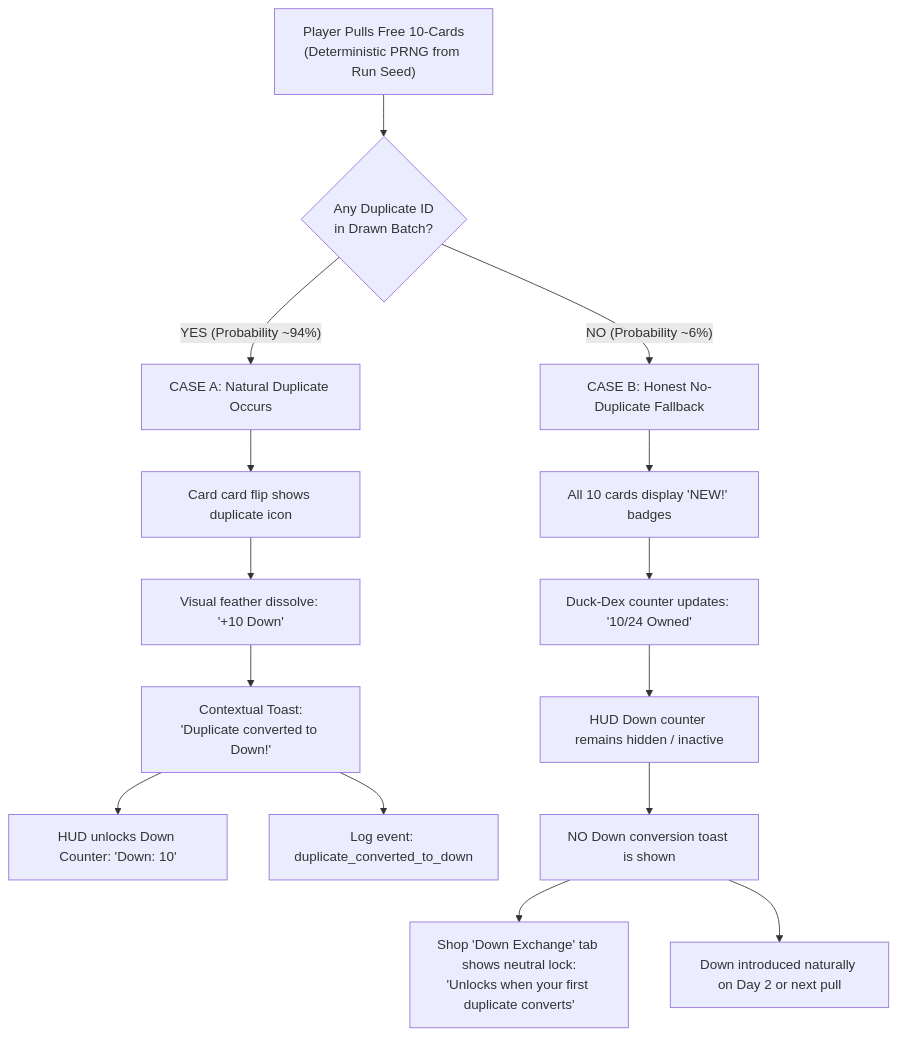
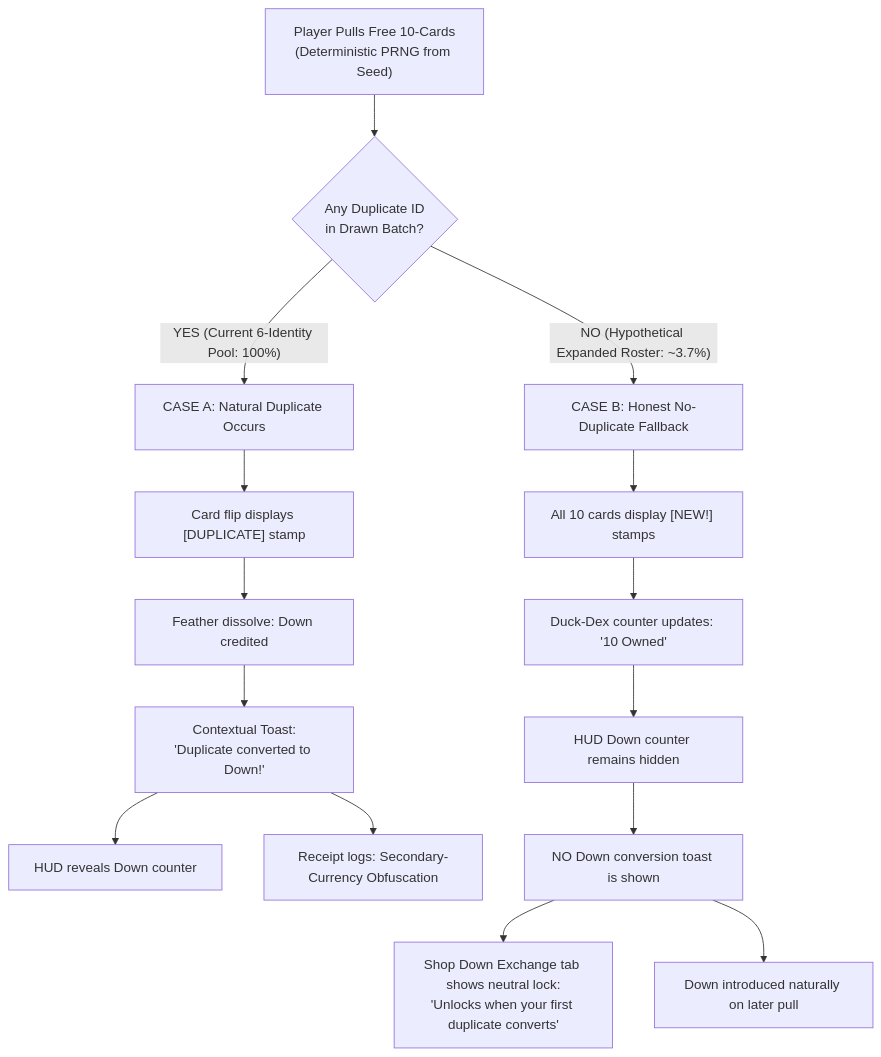
One commit to mrsmithelhs/Quackpot changed the second of 2 diagrams in reports/development/plan-12-guided-opening-and-shop-progression/proposal.md. Above: the diagram before and after it, drawn with Mermaid. The commit also changed other lines of this file and 1 other file, not shown here.

````diff
--- a/reports/development/plan-12-guided-opening-and-shop-progression/proposal.md
+++ b/reports/development/plan-12-guided-opening-and-shop-progression/proposal.md
@@ -132,19 +126,19 @@
 ```mermaid
 flowchart TD
-    Pull["Player Pulls Free 10-Cards<br/>(Deterministic PRNG from Run Seed)"] --> Check{"Any Duplicate ID<br/>in Drawn Batch?"}
+    Pull["Player Pulls Free 10-Cards<br/>(Deterministic PRNG from Seed)"] --> Check{"Any Duplicate ID<br/>in Drawn Batch?"}
     
-    Check -- "YES (Probability ~94%)" --> CaseA["CASE A: Natural Duplicate Occurs"]
-    CaseA --> A1["Card card flip shows duplicate icon"]
-    A1 --> A2["Visual feather dissolve: '+10 Down'"]
+    Check -- "YES (Current 6-Identity Pool: 100%)" --> CaseA["CASE A: Natural Duplicate Occurs"]
+    CaseA --> A1["Card flip displays [DUPLICATE] stamp"]
+    A1 --> A2["Feather dissolve: Down credited"]
     A2 --> A3["Contextual Toast:<br/>'Duplicate converted to Down!'"]
-    A3 --> A4["HUD unlocks Down Counter: 'Down: 10'"]
-    A3 --> A5["Log event: duplicate_converted_to_down"]
+    A3 --> A4["HUD reveals Down counter"]
+    A3 --> A5["Receipt logs: Secondary-Currency Obfuscation"]
     
-    Check -- "NO (Probability ~6%)" --> CaseB["CASE B: Honest No-Duplicate Fallback"]
-    CaseB --> B1["All 10 cards display 'NEW!' badges"]
-    B1 --> B2["Duck-Dex counter updates: '10/24 Owned'"]
-    B2 --> B3["HUD Down counter remains hidden / inactive"]
+    Check -- "NO (Hypothetical Expanded Roster: ~3.7%)" --> CaseB["CASE B: Honest No-Duplicate Fallback"]
+    CaseB --> B1["All 10 cards display [NEW!] stamps"]
+    B1 --> B2["Duck-Dex counter updates: '10 Owned'"]
+    B2 --> B3["HUD Down counter remains hidden"]
     B3 --> B4["NO Down conversion toast is shown"]
-    B4 --> B5["Shop 'Down Exchange' tab shows neutral lock:<br/>'Unlocks when your first duplicate converts'"]
-    B4 --> B6["Down introduced naturally on Day 2 or next pull"]
+    B4 --> B5["Shop Down Exchange tab shows neutral lock:<br/>'Unlocks when your first duplicate converts'"]
+    B4 --> B6["Down introduced naturally on later pull"]
 ```
````
